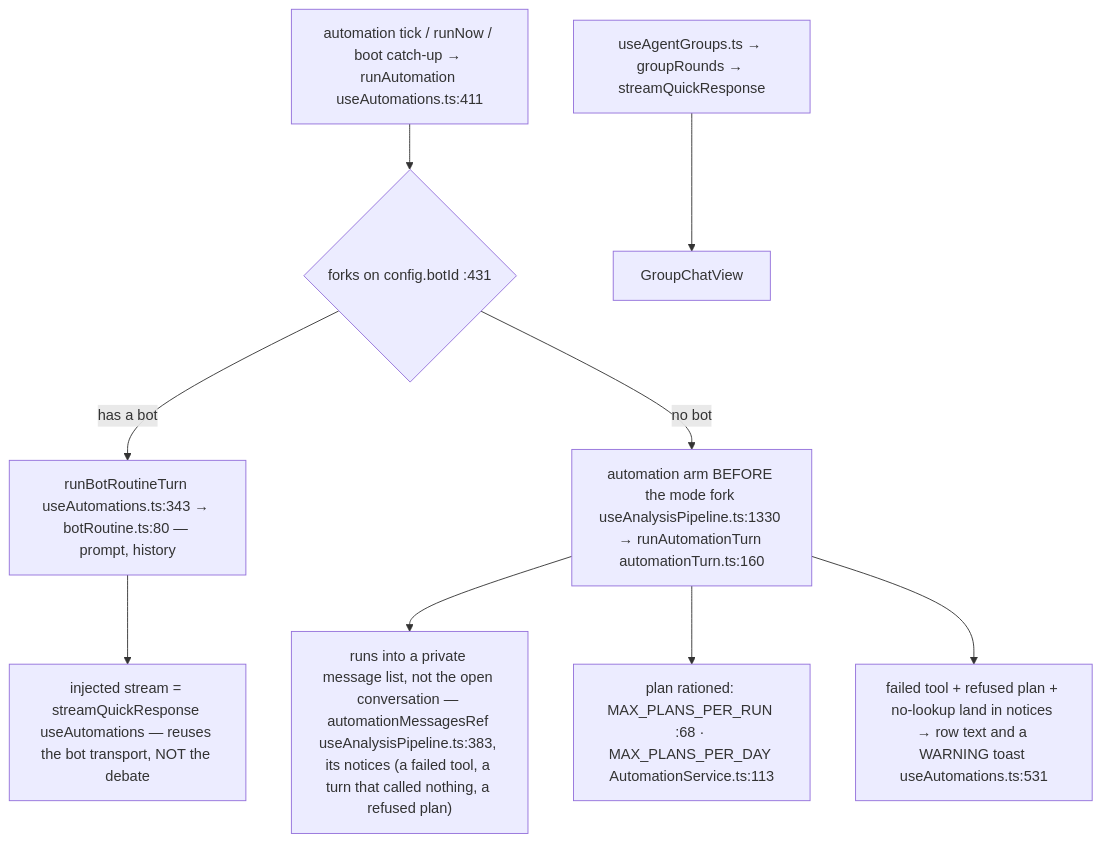
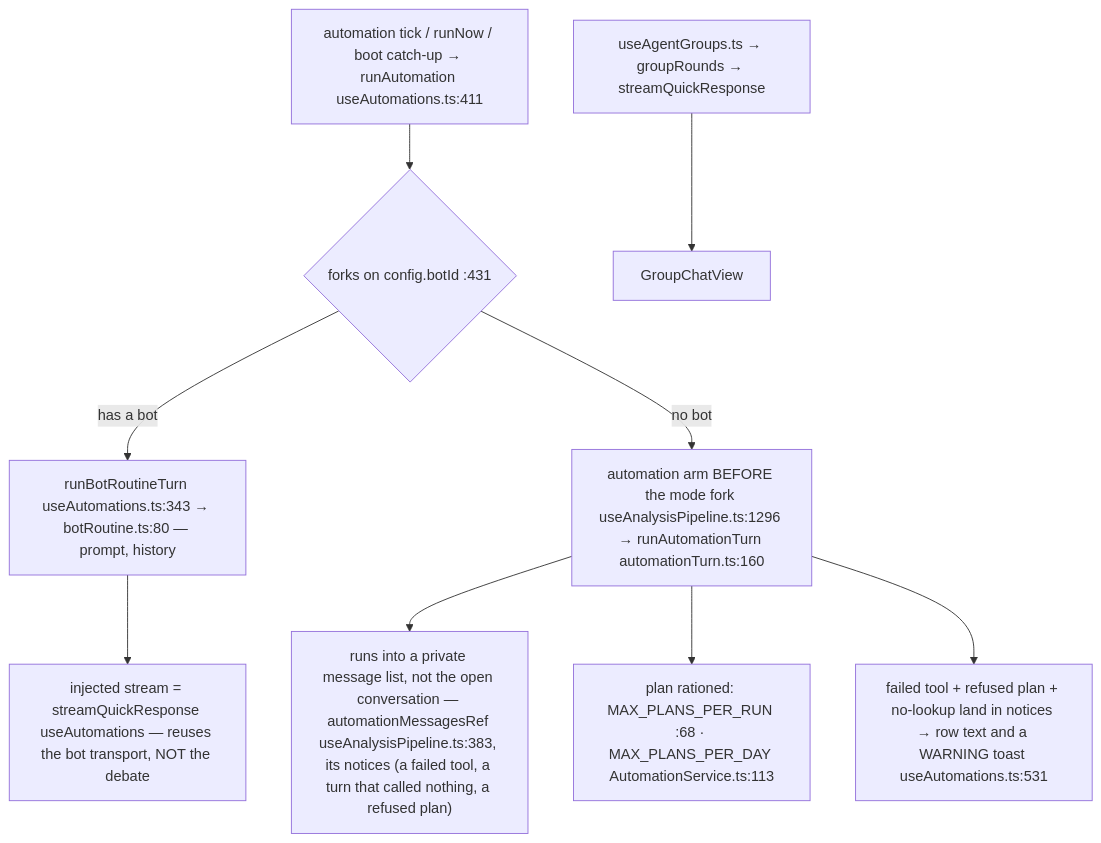
One commit to Acepay25/august-3.5 changed the fifth of 7 diagrams in docs/app-flow.md. Above: the diagram before and after it, drawn with Mermaid. The commit also changed other lines of this file and 4 other files, not shown here.

````diff
--- a/docs/app-flow.md
+++ b/docs/app-flow.md
@@ -253,11 +253,11 @@
 ```mermaid
 flowchart TD
     TK["automation tick / runNow / boot catch-up → runAutomation useAutomations.ts:411"] --> D{"forks on config.botId :431"}
     D -->|has a bot| BR["runBotRoutineTurn useAutomations.ts:343 → botRoutine.ts:80 — prompt, history"]
     BR --> ST["injected stream = streamQuickResponse useAutomations — reuses the bot transport, NOT the debate"]
-    D -->|no bot| AT["automation arm BEFORE the mode fork useAnalysisPipeline.ts:1330 → runAutomationTurn automationTurn.ts:160"]
+    D -->|no bot| AT["automation arm BEFORE the mode fork useAnalysisPipeline.ts:1296 → runAutomationTurn automationTurn.ts:160"]
     AT --> PRIV["runs into a private message list, not the open conversation — automationMessagesRef useAnalysisPipeline.ts:383, its notices (a failed tool, a turn that called nothing, a refused plan)"]
     AT --> CAP["plan rationed: MAX_PLANS_PER_RUN :68 · MAX_PLANS_PER_DAY AutomationService.ts:113"]
     AT --> FAIL["failed tool + refused plan + no-lookup land in notices → row text and a WARNING toast useAutomations.ts:531"]
     GR["useAgentGroups.ts → groupRounds → streamQuickResponse"] --> GV["GroupChatView"]
 ```
````
